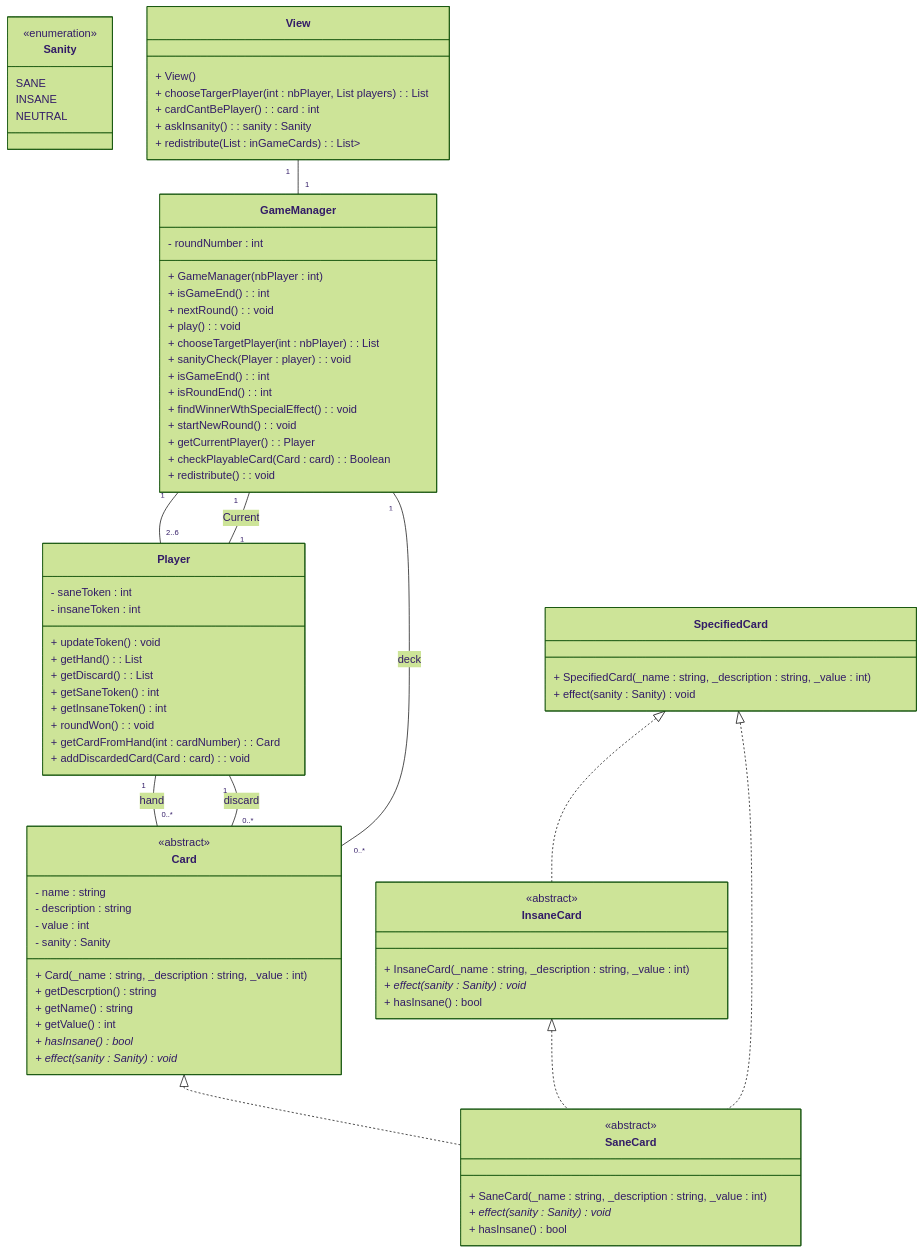
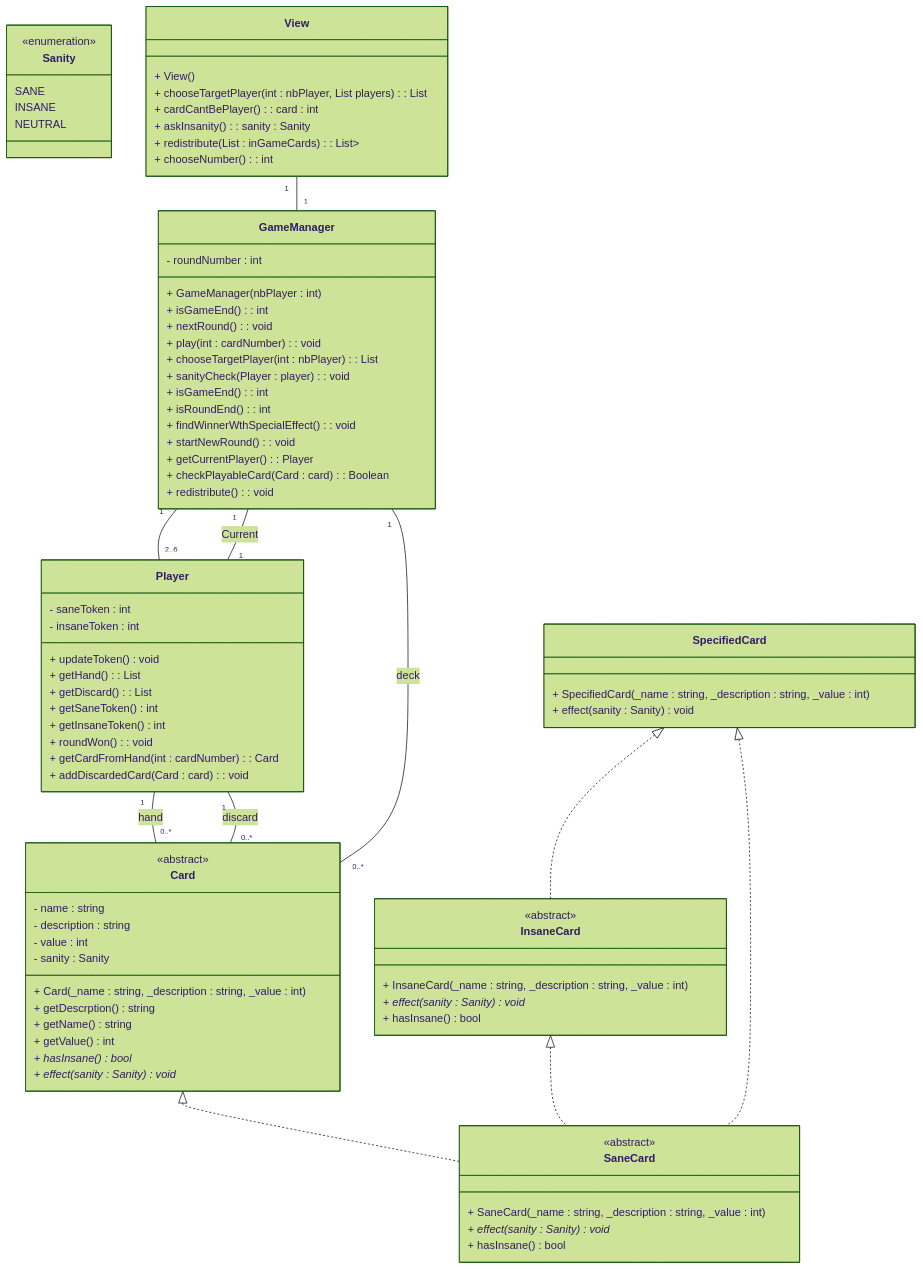
The diagram in docs/uml.mmd (Marsevil/LovecraftLetter_IA), drawn with Mermaid (forest theme) before and after one commit. The commit also changed 6 other files, not shown here.

```diff
--- a/docs/uml.mmd
+++ b/docs/uml.mmd
@@ -1,92 +1,93 @@
 classDiagram
     class Sanity {
     <<enumeration>>
         SANE
         INSANE
         NEUTRAL
     }
 
     class Card {
     <<abstract>>
         - name : string
         - description : string
         - value : int
         - sanity : Sanity
 
         + Card(_name : string, _description : string, _value : int)
         + getDescrption() string
         + getName() string
         + getValue() int
         + hasInsane()* bool
         + effect(sanity : Sanity)* void
     }
 
     class SaneCard {
     <<abstract>>
         + SaneCard(_name : string, _description : string, _value : int)
         + effect(sanity : Sanity)* void
         + hasInsane() bool
     }
 
     class InsaneCard {
     <<abstract>>
         + InsaneCard(_name : string, _description : string, _value : int)
         + effect(sanity : Sanity)* void
         + hasInsane() bool
     }
 
     class SpecifiedCard {
         + SpecifiedCard(_name : string, _description : string, _value : int)
         + effect(sanity : Sanity) void
     }
 
     class GameManager {
         - roundNumber : int
 
         + GameManager(nbPlayer : int)
         + isGameEnd() : int
         + nextRound() : void
-        + play() : void
+        + play(int : cardNumber) : void
         + chooseTargetPlayer(int : nbPlayer) : List<Player>
         + sanityCheck(Player : player) : void
         + isGameEnd() : int
         + isRoundEnd() : int
         + findWinnerWthSpecialEffect() : void
         + startNewRound() : void
         + getCurrentPlayer() : Player
         + checkPlayableCard(Card : card) : Boolean
         + redistribute() : void
     }
 
     class Player {
         - saneToken : int
         - insaneToken : int
 
         + updateToken() void
         + getHand() : List<Card>
         + getDiscard() : List<Card>
         + getSaneToken() int
         + getInsaneToken() int
         + roundWon() : void
         + getCardFromHand(int : cardNumber) : Card
         + addDiscardedCard(Card : card) : void
     }
 
     class View {
         + View()
-        + chooseTargerPlayer(int : nbPlayer, List<Player> players) : List<Player>
+        + chooseTargetPlayer(int : nbPlayer, List<Player> players) : List<Player>
         + cardCantBePlayer() : card : int
         + askInsanity() : sanity : Sanity
         + redistribute(List<Card> : inGameCards) : List<List<Card>>
+        + chooseNumber() : int
     }
 
     Card <|.. SaneCard
     InsaneCard <|.. SaneCard
     SpecifiedCard <|.. SaneCard
     SpecifiedCard <|.. InsaneCard
     Player "1" -- "0..*" Card : hand
     Player "1" -- "0..*" Card : discard
     GameManager "1" -- "0..*" Card : deck
     GameManager "1" -- "2..6" Player
     GameManager "1" -- "1" Player : Current
     View "1" -- "1" GameManager
```
